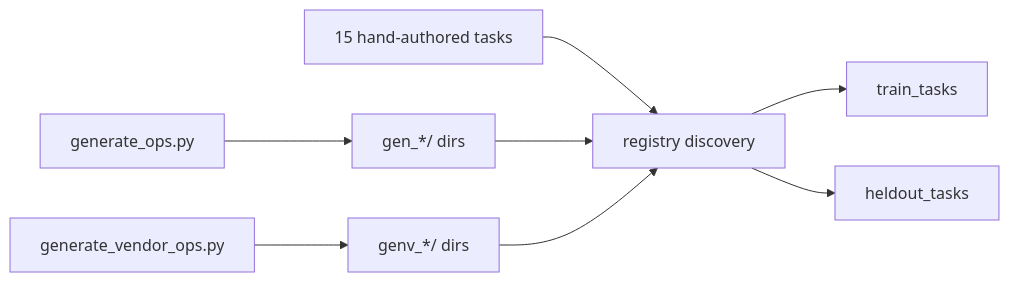
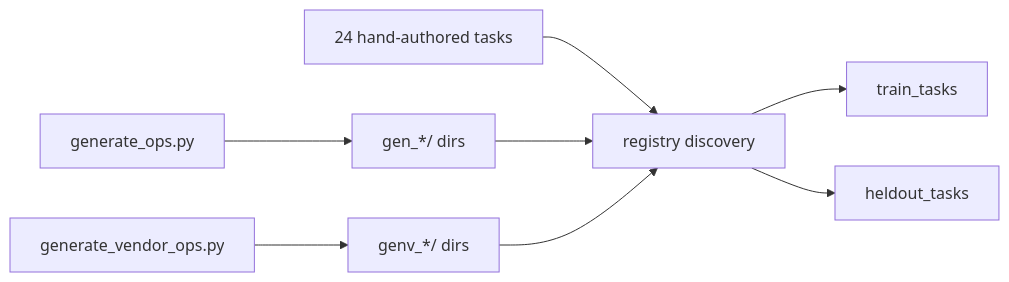
Before and after one commit to amd-shasriva/KORE: the second of 2 diagrams in kore/tasks/README.md, drawn with Mermaid. The commit also changed other lines of this file and 47 other files, not shown here.

````diff
--- a/kore/tasks/README.md
+++ b/kore/tasks/README.md
@@ -80,10 +96,10 @@
 ```mermaid
 flowchart LR
   GO[generate_ops.py] --> GEN["gen_*/ dirs"]
   GVO[generate_vendor_ops.py] --> GENV["genv_*/ dirs"]
-  HAND[15 hand-authored tasks] --> REG
+  HAND[24 hand-authored tasks] --> REG
   GEN --> REG[registry discovery]
   GENV --> REG
   REG --> TRAIN[train_tasks]
   REG --> HOLD[heldout_tasks]
 ```
````
